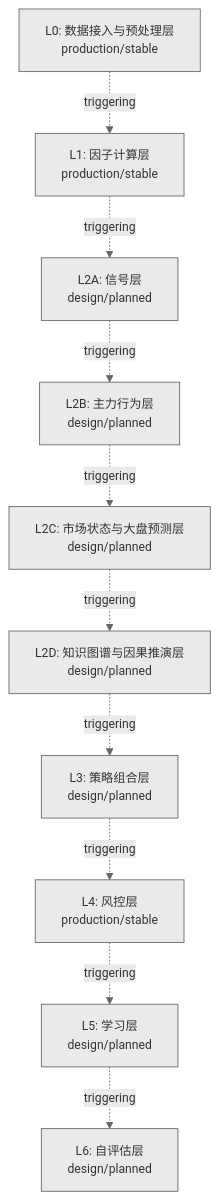
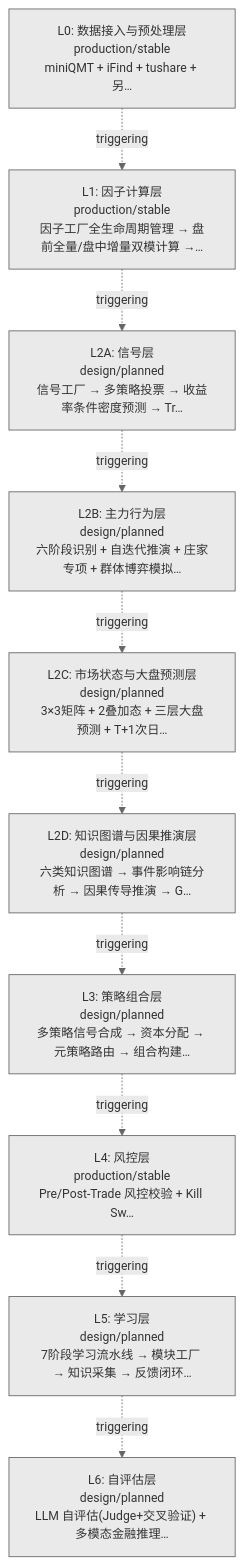
The diagram in docs/02_enterprise_architecture/06_decision_architecture/01_decision_track_model_driven.md (xuanFelixVan/ZephyrAlpha), drawn with Mermaid before and after one commit. The commit also changed other lines of this file and 17 other files, not shown here.

First line of the commit message:
feat(decision-diagram): Layer 节点标签加入功能简介（截断）

````diff
--- a/docs/02_enterprise_architecture/06_decision_architecture/01_decision_track_model_driven.md
+++ b/docs/02_enterprise_architecture/06_decision_architecture/01_decision_track_model_driven.md
@@ -23,23 +23,23 @@
 ```mermaid
 %%{init: {'theme': 'base', 'themeVariables': {'primaryColor': '#eaeaea', 'primaryTextColor': '#333333', 'primaryBorderColor': '#666666', 'lineColor': '#666666', 'secondaryColor': '#eaeaea', 'tertiaryColor': '#eaeaea', 'fontSize': '14px'}}}%%
 flowchart TD
-    LL0["L0: 数据接入与预处理层<br/>production/stable"]
-    LL1["L1: 因子计算层<br/>production/stable"]
-    LL2A["L2A: 信号层<br/>design/planned"]
-    LL2B["L2B: 主力行为层<br/>design/planned"]
-    LL2C["L2C: 市场状态与大盘预测层<br/>design/planned"]
-    LL2D["L2D: 知识图谱与因果推演层<br/>design/planned"]
-    LL3["L3: 策略组合层<br/>design/planned"]
-    LL4["L4: 风控层<br/>production/stable"]
-    LL5["L5: 学习层<br/>design/planned"]
-    LL6["L6: 自评估层<br/>design/planned"]
+    LL0["L0: 数据接入与预处理层<br/>production/stable<br/>miniQMT + iFind + tushare + 另…"]
+    LL1["L1: 因子计算层<br/>production/stable<br/>因子工厂全生命周期管理 → 盘前全量/盘中增量双模计算 →…"]
+    LL2A["L2A: 信号层<br/>design/planned<br/>信号工厂 → 多策略投票 → 收益率条件密度预测 → Tr…"]
+    LL2B["L2B: 主力行为层<br/>design/planned<br/>六阶段识别 + 自迭代推演 + 庄家专项 + 群体博弈模拟…"]
+    LL2C["L2C: 市场状态与大盘预测层<br/>design/planned<br/>3×3矩阵 + 2叠加态 + 三层大盘预测 + T+1次日…"]
+    LL2D["L2D: 知识图谱与因果推演层<br/>design/planned<br/>六类知识图谱 → 事件影响链分析 → 因果传导推演 → G…"]
+    LL3["L3: 策略组合层<br/>design/planned<br/>多策略信号合成 → 资本分配 → 元策略路由 → 组合构建…"]
+    LL4["L4: 风控层<br/>production/stable<br/>Pre/Post-Trade 风控校验 + Kill Sw…"]
+    LL5["L5: 学习层<br/>design/planned<br/>7阶段学习流水线 → 模块工厂 → 知识采集 → 反馈闭环…"]
+    LL6["L6: 自评估层<br/>design/planned<br/>LLM 自评估(Judge+交叉验证) + 多模态金融推理…"]
     LL0 -.->|triggering| LL1
     LL1 -.->|triggering| LL2A
     LL2A -.->|triggering| LL2B
     LL2B -.->|triggering| LL2C
     LL2C -.->|triggering| LL2D
     LL2D -.->|triggering| LL3
     LL3 -.->|triggering| LL4
     LL4 -.->|triggering| LL5
     LL5 -.->|triggering| LL6
 ```
````
